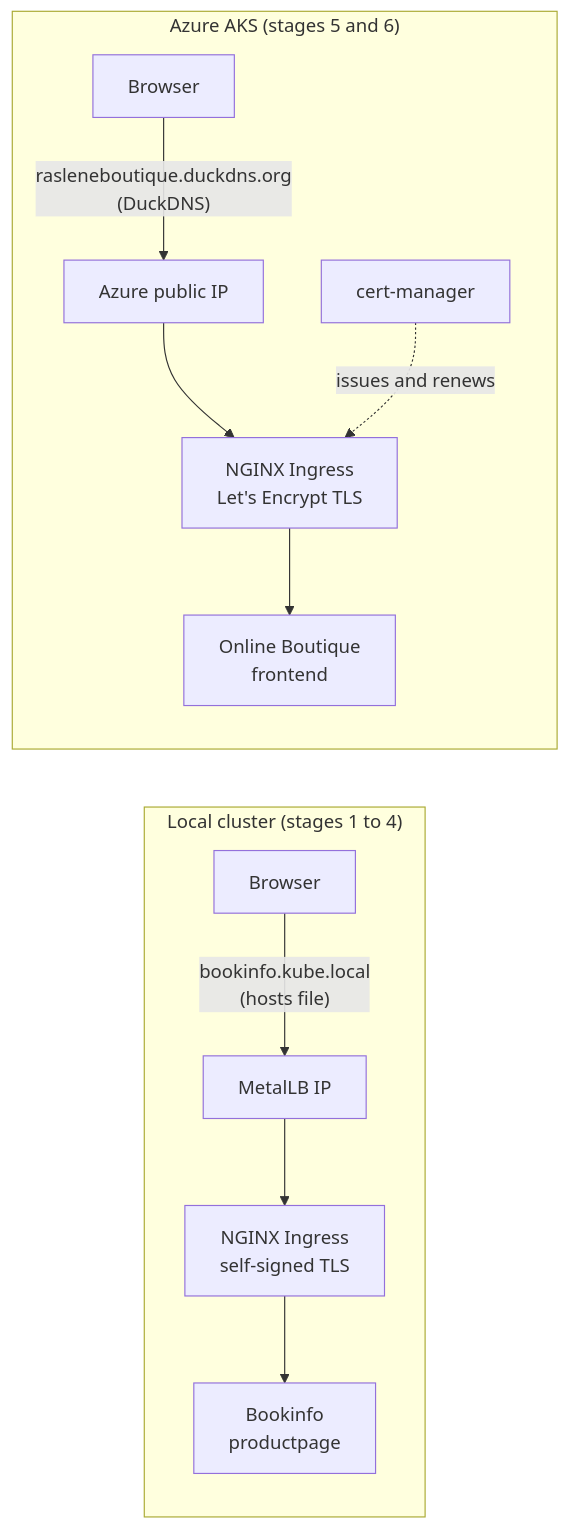
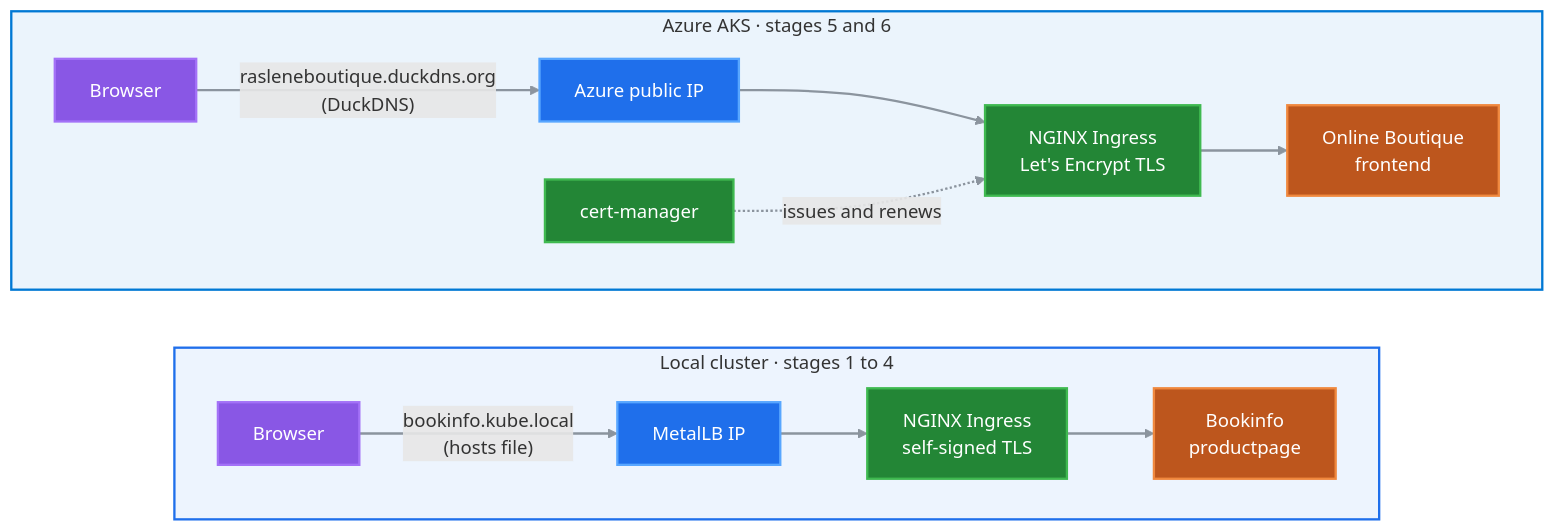
Before and after one commit to raslenraslen/k8s-ingress-tls-lab: the diagram in README.md, drawn with Mermaid.

Commit message:
Color the architecture diagram

````diff
--- a/README.md
+++ b/README.md
@@ -29,14 +29,28 @@
 ```mermaid
 flowchart LR
-    subgraph Local["Local cluster (stages 1 to 4)"]
+    subgraph Local["Local cluster · stages 1 to 4"]
+        direction LR
         B1["Browser"] -->|"bookinfo.kube.local<br/>(hosts file)"| M["MetalLB IP"]
         M --> N1["NGINX Ingress<br/>self-signed TLS"]
         N1 --> P["Bookinfo<br/>productpage"]
     end
-    subgraph Azure["Azure AKS (stages 5 and 6)"]
+    subgraph Azure["Azure AKS · stages 5 and 6"]
+        direction LR
         B2["Browser"] -->|"rasleneboutique.duckdns.org<br/>(DuckDNS)"| L["Azure public IP"]
         L --> N2["NGINX Ingress<br/>Let's Encrypt TLS"]
         N2 --> F["Online Boutique<br/>frontend"]
         C["cert-manager"] -.->|"issues and renews"| N2
     end
+
+    classDef client fill:#8957e5,stroke:#a371f7,color:#ffffff,stroke-width:2px
+    classDef network fill:#1f6feb,stroke:#58a6ff,color:#ffffff,stroke-width:2px
+    classDef controller fill:#238636,stroke:#3fb950,color:#ffffff,stroke-width:2px
+    classDef app fill:#bd561d,stroke:#f0883e,color:#ffffff,stroke-width:2px
+    class B1,B2 client
+    class M,L network
+    class N1,N2,C controller
+    class P,F app
+    style Local fill:#1f6feb14,stroke:#1f6feb,stroke-width:2px
+    style Azure fill:#0078d414,stroke:#0078d4,stroke-width:2px
+    linkStyle default stroke:#8b949e,stroke-width:2px
 ```
````
